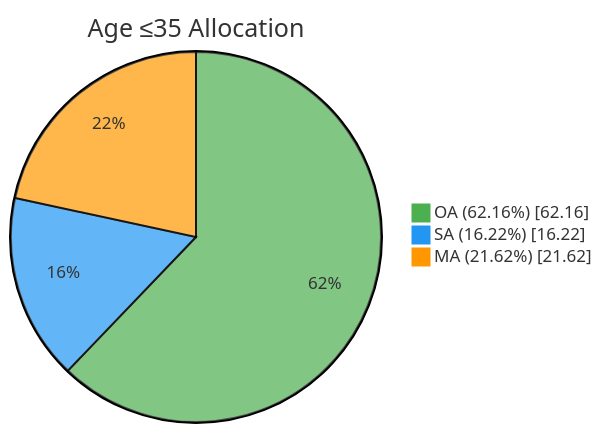
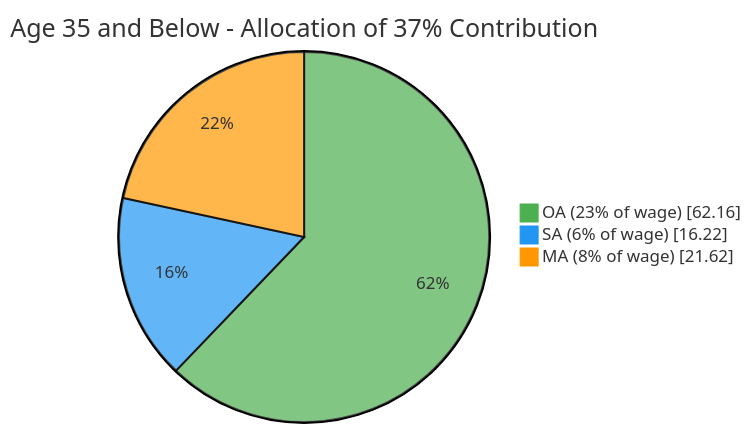
One commit to jcleow/wealthproject changed the third of 27 diagrams in specs/cpf-system-diagrams.md. Above: the diagram before and after it, drawn with Mermaid. The commit also changed other lines of this file and 13 other files, not shown here.

````diff
--- a/specs/cpf-system-diagrams.md
+++ b/specs/cpf-system-diagrams.md
@@ -139,7 +236,7 @@
 ```mermaid
 %%{init: {'theme': 'base', 'themeVariables': { 'pie1': '#4CAF50', 'pie2': '#2196F3', 'pie3': '#FF9800'}}}%%
-pie showData title Age ≤35 Allocation
-    "OA (62.16%)" : 62.16
-    "SA (16.22%)" : 16.22
-    "MA (21.62%)" : 21.62
+pie showData title Age 35 and Below - Allocation of 37% Contribution
+    "OA (23% of wage)" : 62.16
+    "SA (6% of wage)" : 16.22
+    "MA (8% of wage)" : 21.62
 ```
````
